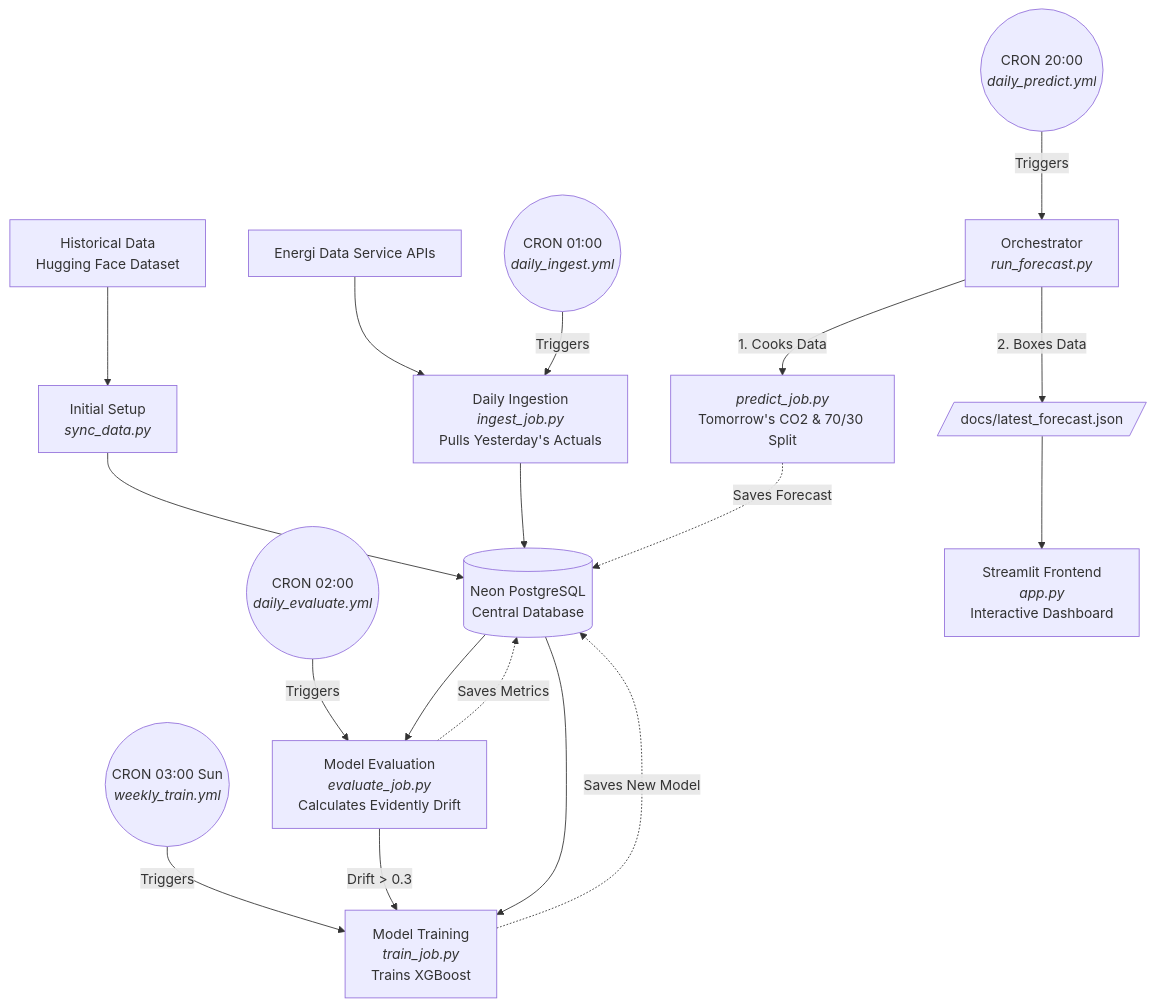
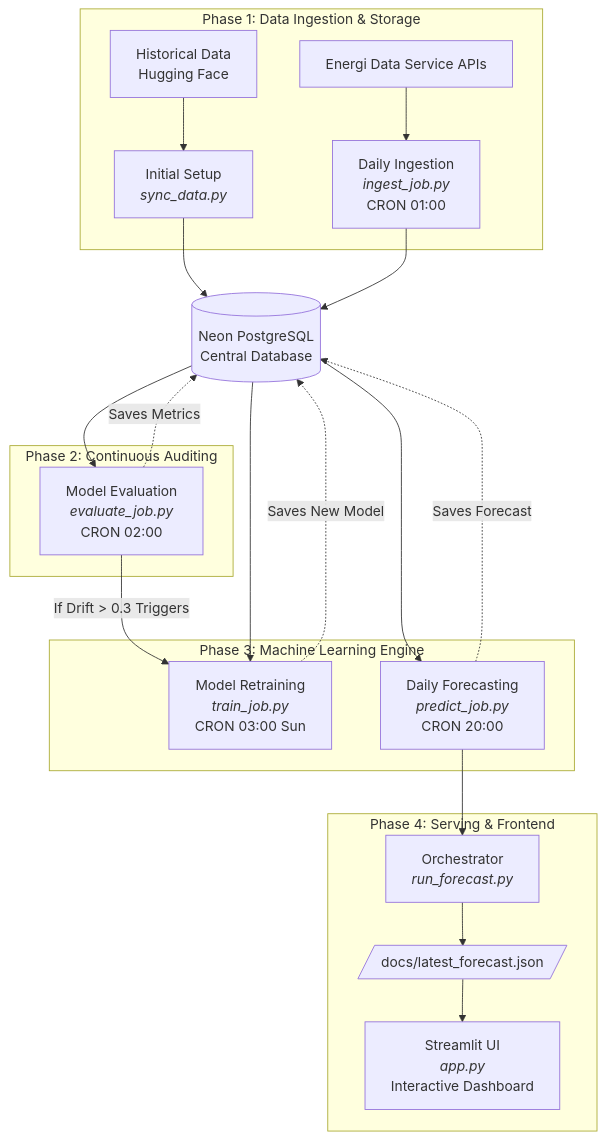
The diagram in README.md (xprafulx/gridwise-guardian), drawn with Mermaid before and after one commit.

Commit message:
Revise flowchart in README for clarity on processes
Updated the flowchart to include detailed phases for Data Operations, Continuous Auditing, Machine Learning, and Serving.

````diff
--- a/README.md
+++ b/README.md
@@ -35,32 +35,40 @@
 ```mermaid
 flowchart TD
-    %% External Data Sources
-    HF[Historical Data<br/>Hugging Face Dataset] --> Sync
-    API[Energi Data Service APIs] --> Ingest
+    %% 1. Data Operations Phase
+    subgraph DataOps [Phase 1: Data Ingestion & Storage]
+        HF[Historical Data<br/>Hugging Face] --> Sync[Initial Setup<br/><i>sync_data.py</i>]
+        API[Energi Data Service APIs] --> Ingest[Daily Ingestion<br/><i>ingest_job.py</i><br/>CRON 01:00]
+    end
 
-    %% Initial Setup
-    Sync[Initial Setup<br/><i>sync_data.py</i>] --> DB[(Neon PostgreSQL<br/>Central Database)]
+    DB[(Neon PostgreSQL<br/>Central Database)]
+    Sync --> DB
+    Ingest --> DB
 
-    %% 1. Ingestion Job
-    CRON1((CRON 01:00<br/><i>daily_ingest.yml</i>)) -->|Triggers| Ingest
-    Ingest[Daily Ingestion<br/><i>ingest_job.py</i><br/>Pulls Yesterday's Actuals] --> DB
-
-    %% 2. Evaluation Job
-    CRON2((CRON 02:00<br/><i>daily_evaluate.yml</i>)) -->|Triggers| Eval
-    DB --> Eval[Model Evaluation<br/><i>evaluate_job.py</i><br/>Calculates Evidently Drift]
+    %% 2. Evaluation Phase
+    subgraph EvalOps [Phase 2: Continuous Auditing]
+        Eval[Model Evaluation<br/><i>evaluate_job.py</i><br/>CRON 02:00]
+    end
+    
+    DB --> Eval
     Eval -. Saves Metrics .-> DB
 
-    %% 3. Training Job
-    CRON3((CRON 03:00 Sun<br/><i>weekly_train.yml</i>)) -->|Triggers| Train
-    Eval -->|Drift > 0.3| Train
-    DB --> Train[Model Training<br/><i>train_job.py</i><br/>Trains XGBoost]
+    %% 3. Machine Learning Phase
+    subgraph MLOps [Phase 3: Machine Learning Engine]
+        Train[Model Retraining<br/><i>train_job.py</i><br/>CRON 03:00 Sun]
+        Predict[Daily Forecasting<br/><i>predict_job.py</i><br/>CRON 20:00]
+    end
+
+    Eval -->|If Drift > 0.3 Triggers| Train
+    DB --> Train
     Train -. Saves New Model .-> DB
+    
+    DB --> Predict
+    Predict -. Saves Forecast .-> DB
 
-    %% 4. Prediction Job & Export (The Orchestrator)
-    CRON4((CRON 20:00<br/><i>daily_predict.yml</i>)) -->|Triggers| RunForecast
-    RunForecast[Orchestrator<br/><i>run_forecast.py</i>] -->|1. Cooks Data| Predict
-    Predict[<i>predict_job.py</i><br/>Tomorrow's CO2 & 70/30 Split] -. Saves Forecast .-> DB
-    RunForecast -->|2. Boxes Data| JSON[/docs/latest_forecast.json/]
-    
-    JSON --> UI[Streamlit Frontend<br/><i>app.py</i><br/>Interactive Dashboard]
+    %% 4. Serving Phase
+    subgraph Serving [Phase 4: Serving & Frontend]
+        Predict --> Export[Orchestrator<br/><i>run_forecast.py</i>]
+        Export --> JSON[/docs/latest_forecast.json/]
+        JSON --> UI[Streamlit UI<br/><i>app.py</i><br/>Interactive Dashboard]
+    end
 ```
````
